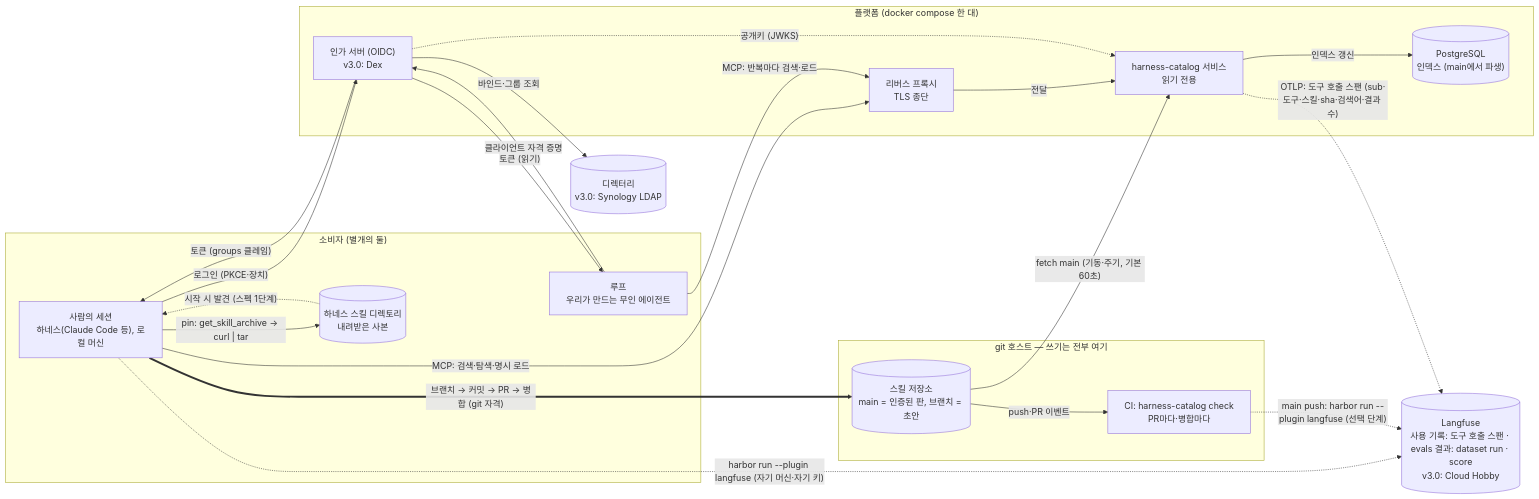
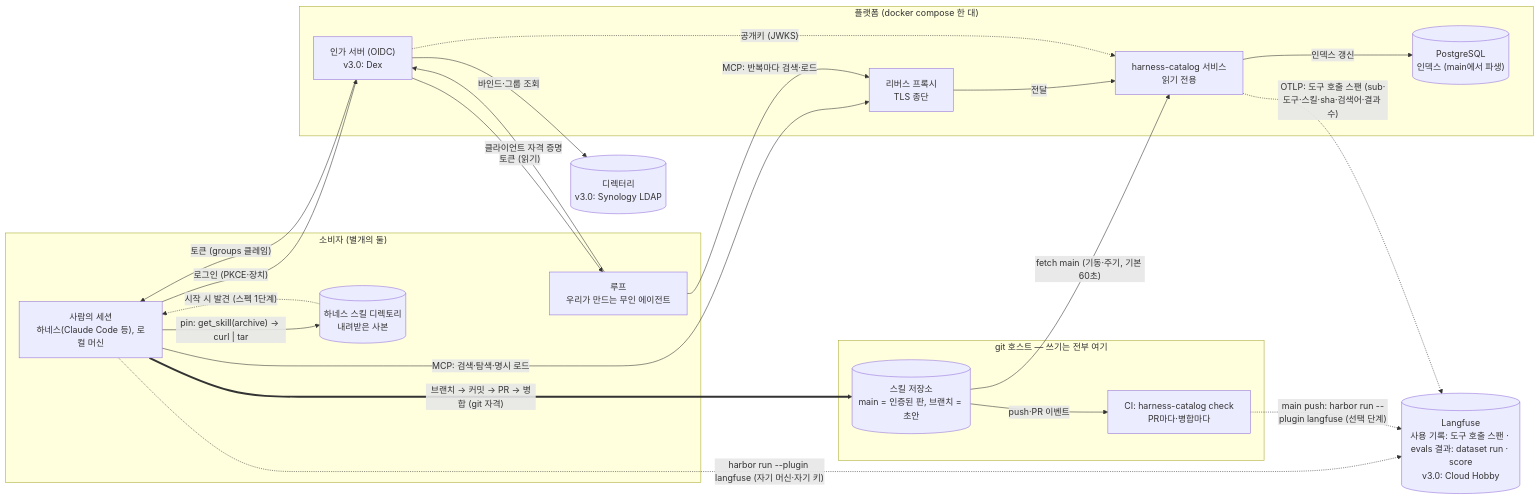
One commit to alteralab/harness-catalog changed the first of 4 diagrams in DESIGN.md. Above: the diagram before and after it, drawn with Mermaid. The commit also changed other lines of this file and 37 other files, not shown here.

````diff
--- a/DESIGN.md
+++ b/DESIGN.md
@@ -43,38 +43,38 @@
 ```mermaid
 flowchart LR
     subgraph EDGE["소비자 (별개의 둘)"]
         HUMAN["사람의 세션<br/>하네스(Claude Code 등), 로컬 머신"]
         LOOP["루프<br/>우리가 만드는 무인 에이전트"]
         LOCAL[("하네스 스킬 디렉토리<br/>내려받은 사본")]
     end
     DIR[("디렉터리<br/>v3.0: Synology LDAP")]
     subgraph PLATFORM["플랫폼 (docker compose 한 대)"]
         PROXY["리버스 프록시<br/>TLS 종단"]
         AUTHS["인가 서버 (OIDC)<br/>v3.0: Dex"]
         REG["harness-catalog 서비스<br/>읽기 전용"]
         PG[("PostgreSQL<br/>인덱스 (main에서 파생)")]
     end
     LF[("Langfuse<br/>사용 기록: 도구 호출 스팬 · evals 결과: dataset run · score<br/>v3.0: Cloud Hobby")]
     subgraph GIT["git 호스트 — 쓰기는 전부 여기"]
         REPO[("스킬 저장소<br/>main = 인증된 판, 브랜치 = 초안")]
         CI["CI: harness-catalog check<br/>PR마다·병합마다"]
     end
     HUMAN -- "로그인 (PKCE·장치)" --> AUTHS
     LOOP -- "클라이언트 자격 증명" --> AUTHS
     AUTHS -- "바인드·그룹 조회" --> DIR
     AUTHS -- "토큰 (groups 클레임)" --> HUMAN
     AUTHS -- "토큰 (읽기)" --> LOOP
     HUMAN -- "MCP: 검색·탐색·명시 로드" --> PROXY
     LOOP -- "MCP: 반복마다 검색·로드" --> PROXY
     PROXY -- "전달" --> REG
     AUTHS -. "공개키 (JWKS)" .-> REG
     REG -- "인덱스 갱신" --> PG
     REG -. "OTLP: 도구 호출 스팬 (sub·도구·스킬·sha·검색어·결과 수)" .-> LF
     REPO -- "fetch main (기동·주기, 기본 60초)" --> REG
     REPO -- "push·PR 이벤트" --> CI
-    HUMAN -- "pin: get_skill_archive → curl | tar" --> LOCAL
+    HUMAN -- "pin: get_skill(archive) → curl | tar" --> LOCAL
     LOCAL -. "시작 시 발견 (스펙 1단계)" .-> HUMAN
     HUMAN == "브랜치 → 커밋 → PR → 병합 (git 자격)" ==> REPO
     HUMAN -. "harbor run --plugin langfuse (자기 머신·자기 키)" .-> LF
     CI -. "main push: harbor run --plugin langfuse (선택 단계)" .-> LF
 ```
````
